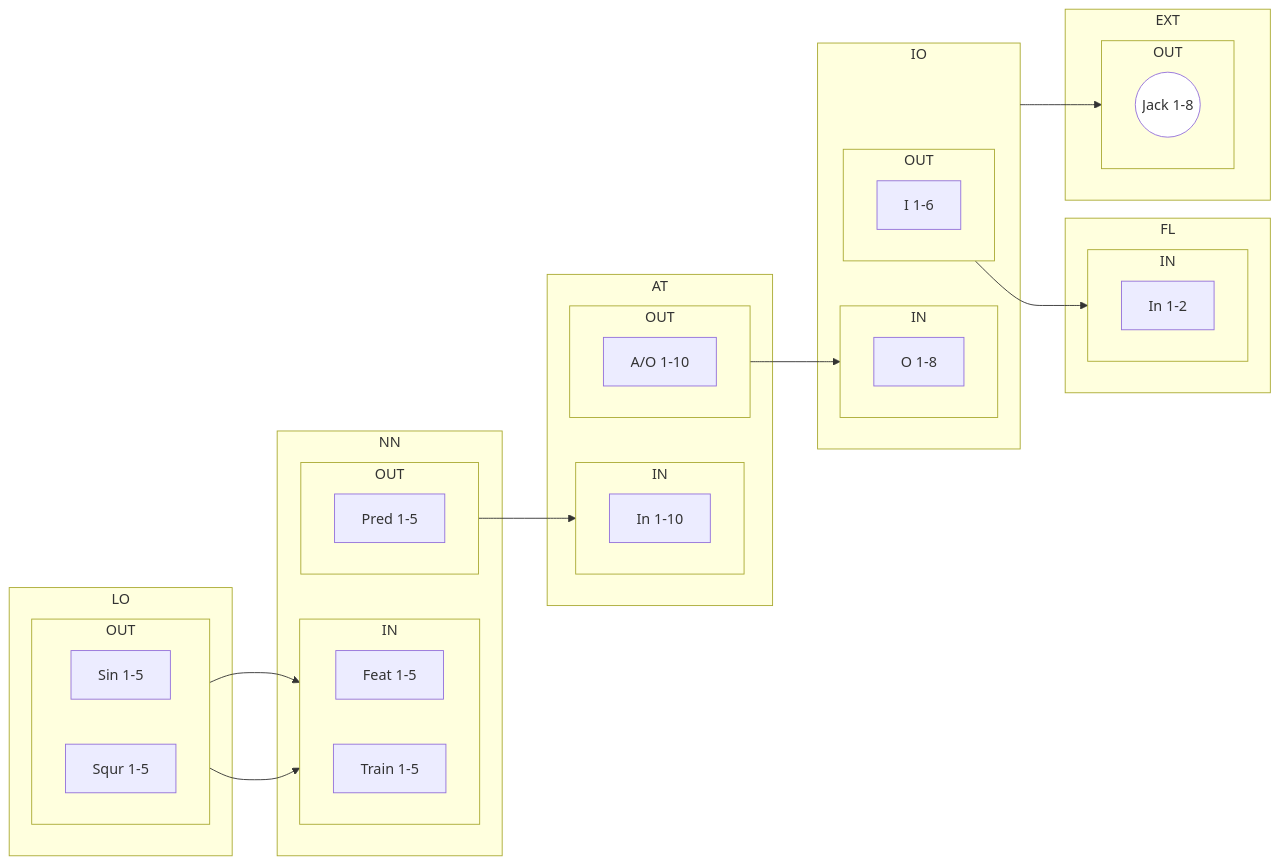
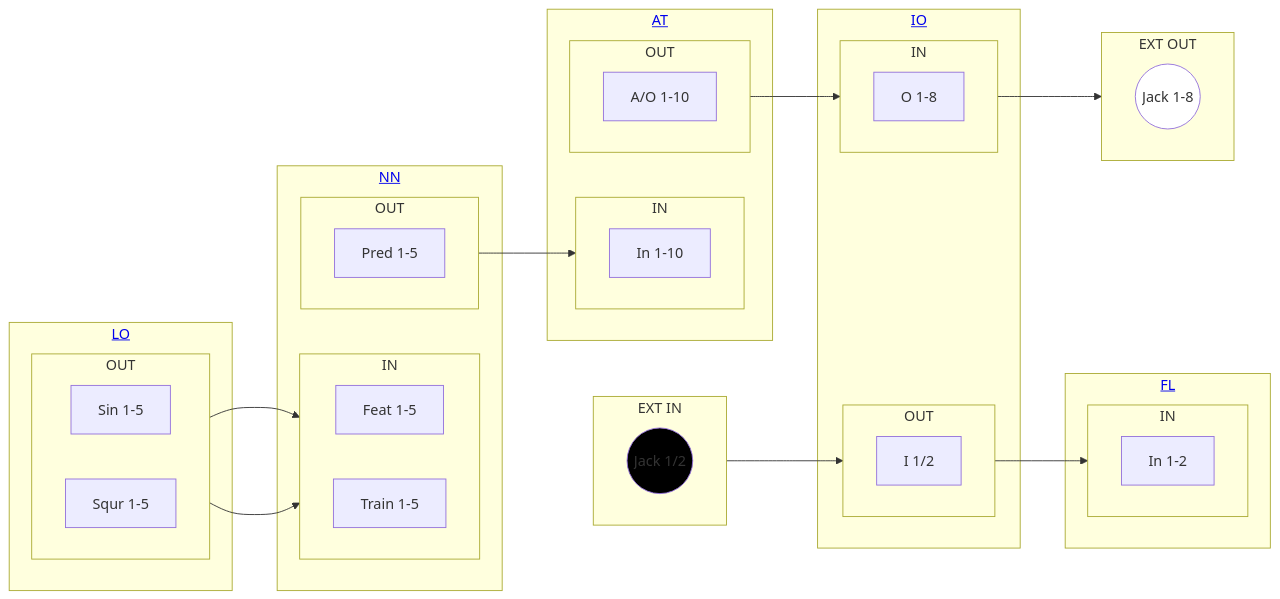
Before and after one commit to acumartini/dectet-public: diagram 15 of 30 in README.md, drawn with Mermaid. The commit also changed other lines of this file, not shown here.

Commit message:
updates for modules/racks under QA with new patch diagrams add module links

````diff
--- a/README.md
+++ b/README.md
@@ -1567,60 +1571,62 @@
 ```mermaid
 flowchart LR
-  subgraph IO
+  subgraph IO[<a href='#io--inputoutput'>IO</a>]
     subgraph IO_IN[IN]
       direction LR
         IO_IN_O[O 1-8]
     end
     subgraph IO_OUT[OUT]
       direction LR
-        IO_OUT_I[I 1-6]
+        IO_OUT_I[I 1/2]
     end
   end
-  subgraph FL
+  subgraph FL[<a href='#fl-envelope-follower'>FL</a>]
     subgraph FL_IN[IN]
       direction LR
         FL_IN_In[In 1-2]
     end
   end
-  subgraph LO
+  subgraph LO[<a href='#lo-low-frequency-oscillator'>LO</a>]
     subgraph LO_OUT[OUT]
       direction LR
         LO_OUT_Sin[Sin 1-5]
         LO_OUT_Squr[Squr 1-5]
     end
   end
-  subgraph NN
+  subgraph NN[<a href='#nn-deep-neural-network'>NN</a>]
     subgraph NN_IN[IN]
       direction LR
         NN_IN_Feat[Feat 1-5]
         NN_IN_Train[Train 1-5]
     end
     subgraph NN_OUT[OUT]
       direction LR
         NN_OUT_Pred[Pred 1-5]
     end
   end
-  subgraph AT
+  subgraph AT[<a href='#at-attenuate'>AT</a>]
     subgraph AT_IN[IN]
       direction LR
         AT_IN_In[In 1-10]
     end
     subgraph AT_OUT[OUT]
       direction LR
         AT_OUT_AO[A/O 1-10]
     end
   end
-  subgraph EXT
-    subgraph EXT_OUT[OUT]
-      direction LR
-        EXT_OUT_Jack((Jack 1-8))
-    end
+  subgraph EXT_IN[EXT IN]
+    direction LR
+      EXT_In_Jack((Jack 1/2))
   end
-IO_OUT_I-->FL_IN_In
+  subgraph EXT_OUT[EXT OUT]
+    direction LR
+      EXT_OUT_Jack((Jack 1-8))
+  end
+EXT_In_Jack-->IO_OUT_I-->FL_IN_In
 LO_OUT_Sin-->NN_IN_Feat
 LO_OUT_Squr-->NN_IN_Train
 NN_OUT_Pred-->AT_IN_In
-AT_OUT_AO-->IO_IN_O
-IO-->EXT_OUT_Jack
+AT_OUT_AO-->IO_IN_O-->EXT_OUT_Jack
+style EXT_In_Jack fill:#000
 style EXT_OUT_Jack fill:#fff
 ```
````
